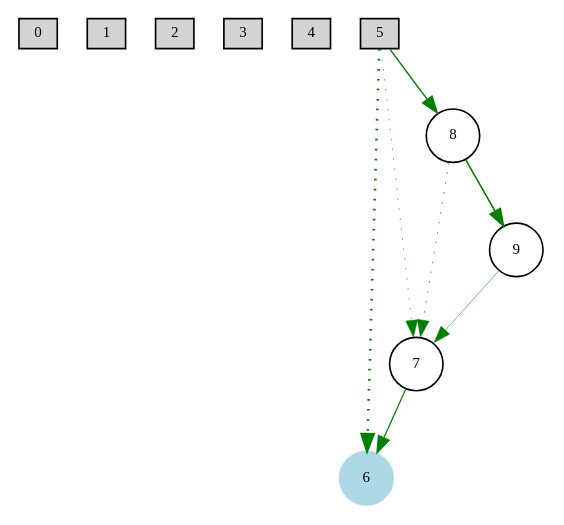
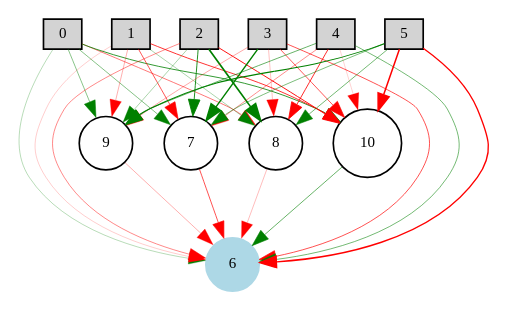
One commit to arkadyark/PongAI changed the diagram in 2015-2016/nn_winner.gv. Above: the diagram before and after it, drawn with Graphviz. The commit also changed 28 other files, not shown here.

```diff
--- a/2015-2016/nn_winner.gv
+++ b/2015-2016/nn_winner.gv
@@ -1,17 +1,44 @@
 digraph {
 	node [fontsize=9 height=0.2 shape=circle width=0.2]
 		0 [shape=box style=filled]
 		1 [shape=box style=filled]
 		2 [shape=box style=filled]
 		3 [shape=box style=filled]
 		4 [shape=box style=filled]
 		5 [shape=box style=filled]
 		6 [color=lightblue style=filled]
-			5 -> 6 [color=green penwidth=1.58266544675 style=dotted]
-			7 -> 6 [color=green penwidth=0.746303350525 style=solid]
-			5 -> 7 [color=green penwidth=0.341505000217 style=dotted]
-			8 -> 9 [color=green penwidth=0.959295985581 style=solid]
-			8 -> 7 [color=green penwidth=0.406950506342 style=dotted]
-			5 -> 8 [color=green penwidth=0.823988843231 style=solid]
-			9 -> 7 [color=green penwidth=0.330033841511 style=solid]
+			5 -> 9 [color=green penwidth=0.618295896355 style=solid]
+			4 -> 7 [color=red penwidth=0.273923793434 style=solid]
+			4 -> 8 [color=red penwidth=0.495030948136 style=solid]
+			5 -> 6 [color=red penwidth=0.805339347983 style=solid]
+			2 -> 8 [color=green penwidth=1.00644098346 style=solid]
+			10 -> 6 [color=green penwidth=0.356764749753 style=solid]
+			0 -> 7 [color=green penwidth=0.294718291303 style=solid]
+			1 -> 6 [color=red penwidth=0.122196708895 style=solid]
+			0 -> 10 [color=green penwidth=0.477217078647 style=solid]
+			3 -> 7 [color=green penwidth=0.85755271645 style=solid]
+			5 -> 8 [color=green penwidth=0.330034912408 style=solid]
+			4 -> 9 [color=green penwidth=0.362435996439 style=solid]
+			2 -> 9 [color=green penwidth=0.198836919568 style=solid]
+			3 -> 10 [color=red penwidth=0.402653170541 style=solid]
+			3 -> 6 [color=red penwidth=0.409787935481 style=solid]
+			1 -> 10 [color=red penwidth=0.475975104864 style=solid]
+			8 -> 6 [color=red penwidth=0.159471853248 style=solid]
+			4 -> 10 [color=red penwidth=0.106780931244 style=solid]
+			2 -> 6 [color=red penwidth=0.282561460314 style=solid]
+			2 -> 10 [color=red penwidth=0.558614174161 style=solid]
+			3 -> 9 [color=red penwidth=0.209319063626 style=solid]
+			1 -> 9 [color=red penwidth=0.189324151144 style=solid]
+			0 -> 8 [color=red penwidth=0.322950192037 style=solid]
+			9 -> 6 [color=red penwidth=0.186015834863 style=solid]
+			2 -> 7 [color=green penwidth=0.520215501497 style=solid]
+			5 -> 10 [color=red penwidth=0.897333691098 style=solid]
+			4 -> 6 [color=green penwidth=0.32907656643 style=solid]
+			5 -> 7 [color=green penwidth=0.307020186645 style=solid]
+			3 -> 8 [color=red penwidth=0.150916897958 style=solid]
+			0 -> 6 [color=green penwidth=0.173954087369 style=solid]
+			1 -> 8 [color=green penwidth=0.204281518528 style=solid]
+			1 -> 7 [color=red penwidth=0.397107844765 style=solid]
+			0 -> 9 [color=green penwidth=0.279466147875 style=solid]
+			7 -> 6 [color=red penwidth=0.412032647286 style=solid]
 }
```
